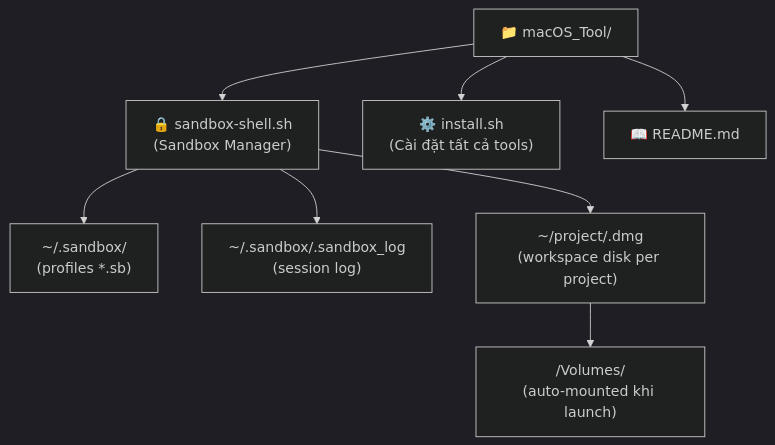
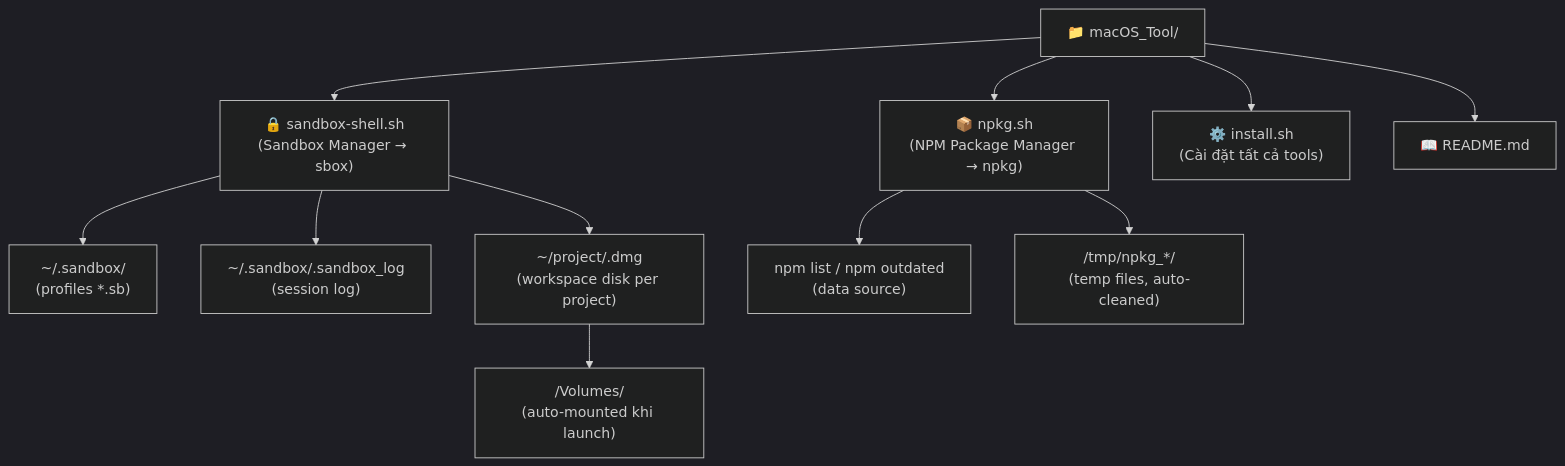
One commit to isharoverwhite/macOS_Tool changed the fifth of 5 diagrams in README.md. Above: the diagram before and after it, drawn with Mermaid (dark theme). The commit also changed other lines of this file and 1 other file, not shown here.

First line of the commit message:
docs: add npkg to README; fix semver comparison and arrow key handling

````diff
--- a/README.md
+++ b/README.md
@@ -190,12 +302,16 @@
 ```mermaid
 graph TD
     root["📁 macOS_Tool/"]
-    root --> sbox["🔒 sandbox-shell.sh\n(Sandbox Manager)"]
+    root --> sbox["🔒 sandbox-shell.sh\n(Sandbox Manager → sbox)"]
+    root --> npkg["📦 npkg.sh\n(NPM Package Manager → npkg)"]
     root --> install["⚙️ install.sh\n(Cài đặt tất cả tools)"]
     root --> readme["📖 README.md"]
 
     sbox --> cfg["~/.sandbox/\n(profiles *.sb)"]
     sbox --> log["~/.sandbox/.sandbox_log\n(session log)"]
     sbox --> dmg["~/project/<name>.dmg\n(workspace disk per project)"]
     dmg --> mnt["/Volumes/<name>\n(auto-mounted khi launch)"]
+
+    npkg --> npm["npm list / npm outdated\n(data source)"]
+    npkg --> tmp["/tmp/npkg_*/\n(temp files, auto-cleaned)"]
 ```
````
